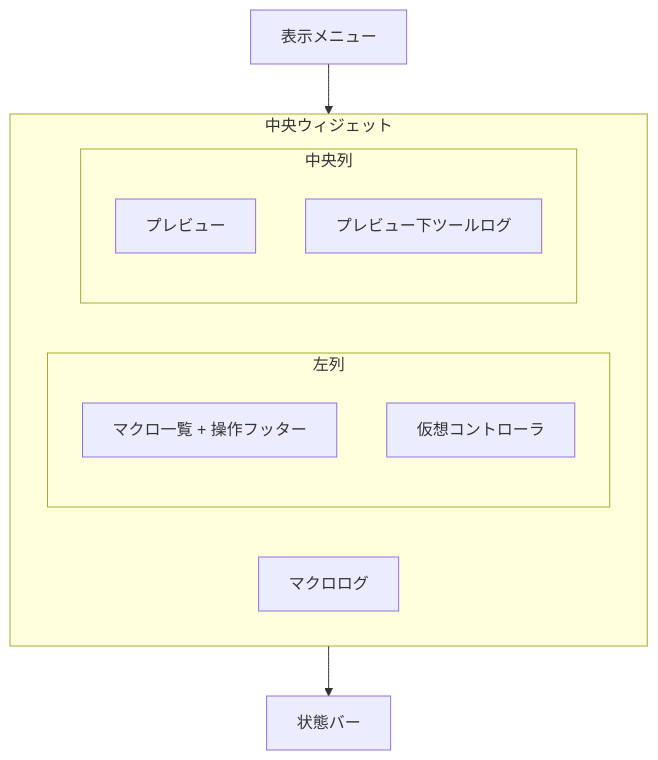
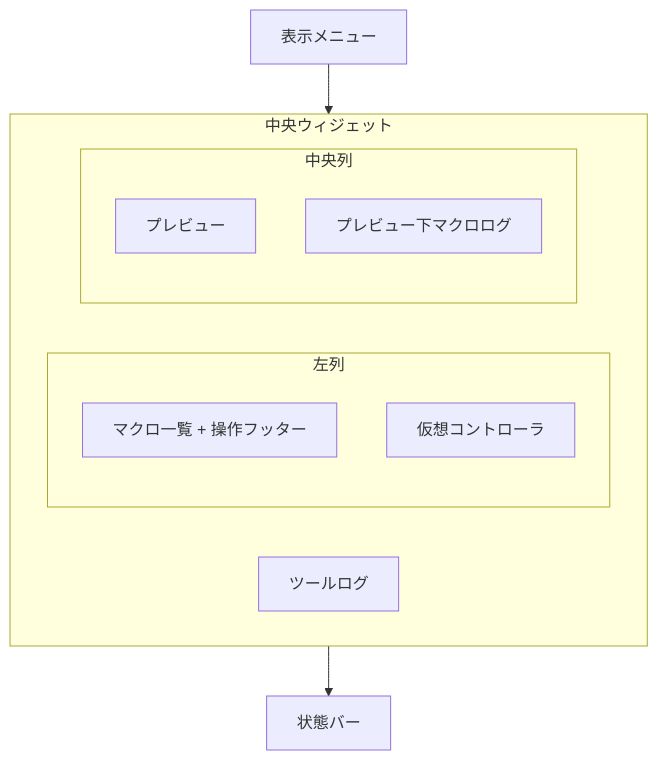
The diagram in spec/agent/complete/local_006/WINDOW_SIZE_AND_PANEL_LAYOUT.md (niart120/Project_NyX), drawn with Mermaid before and after one commit. The commit also changed other lines of this file and 44 other files, not shown here.

````diff
--- a/spec/agent/complete/local_006/WINDOW_SIZE_AND_PANEL_LAYOUT.md
+++ b/spec/agent/complete/local_006/WINDOW_SIZE_AND_PANEL_LAYOUT.md
@@ -104,20 +104,20 @@
 ```mermaid
 flowchart TB
     menu["表示メニュー"]
     status["状態バー"]
     subgraph body["中央ウィジェット"]
         direction LR
         subgraph left["左列"]
             direction TB
             control["マクロ一覧 + 操作フッター"]
             controller["仮想コントローラ"]
         end
         subgraph center["中央列"]
             direction TB
             preview["プレビュー"]
-            tool_log["プレビュー下ツールログ"]
+            macro_log["プレビュー下マクロログ"]
         end
-        macro_log["マクロログ"]
+        tool_log["ツールログ"]
     end
     menu --> body --> status
 ```
````
